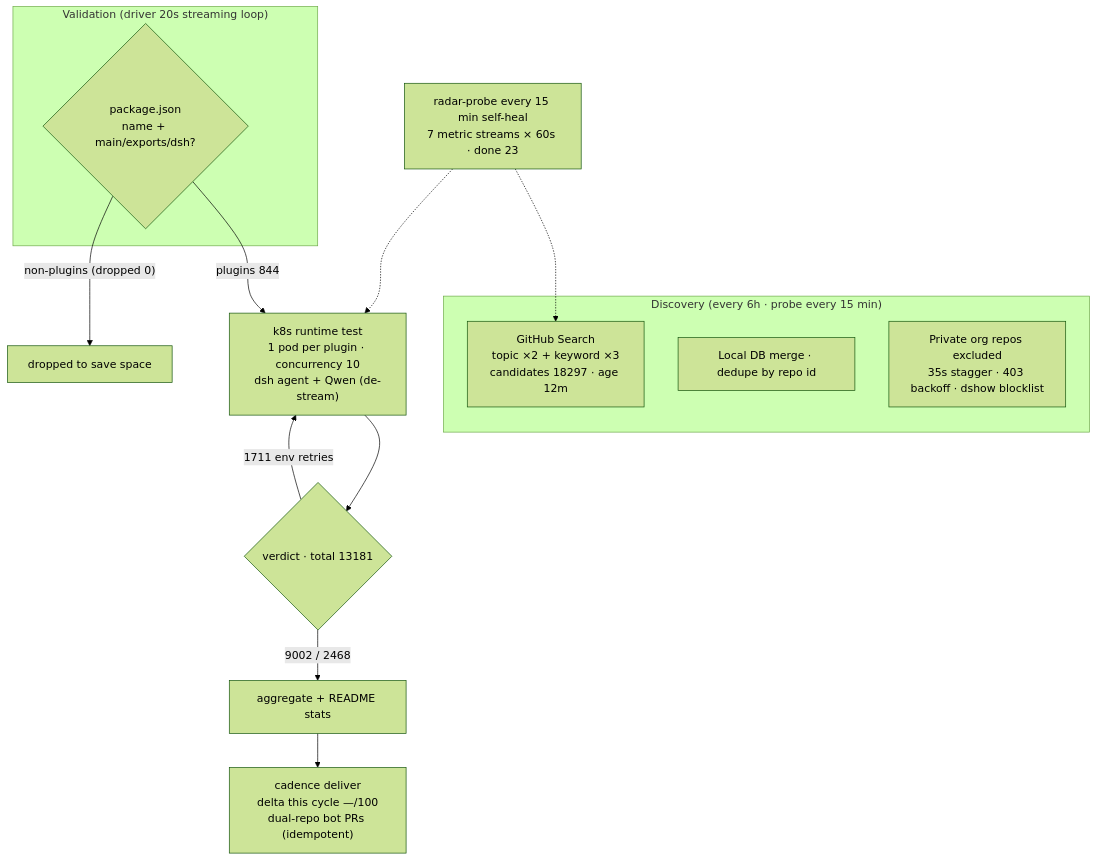
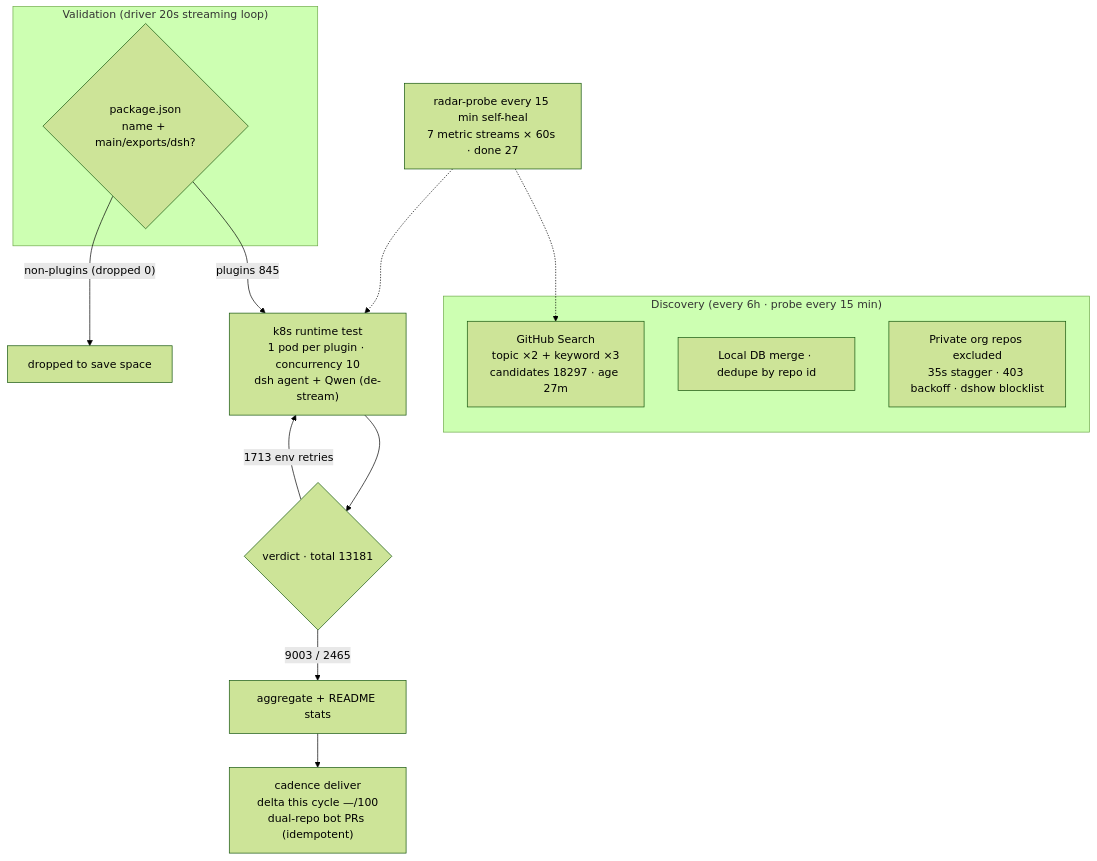
The diagram in README.en-US.md (AdamPlatin123/awesome-dsh-plugins), drawn with Mermaid (forest theme) before and after one commit. The commit also changed other lines of this file and 5 other files, not shown here.

````diff
--- a/README.en-US.md
+++ b/README.en-US.md
@@ -45,20 +45,20 @@
 ```mermaid
 flowchart TB
     subgraph Discovery["Discovery (every 6h · probe every 15 min)"]
-        A1["GitHub Search<br/>topic ×2 + keyword ×3<br/>candidates 18297 · age 12m"]
+        A1["GitHub Search<br/>topic ×2 + keyword ×3<br/>candidates 18297 · age 27m"]
         A2["Local DB merge · dedupe by repo id"]
         A3["Private org repos excluded<br/>35s stagger · 403 backoff · dshow blocklist"]
     end
     subgraph Validation["Validation (driver 20s streaming loop)"]
         B1{"package.json<br/>name + main/exports/dsh?"}
     end
-    B1 -->|"plugins 844"| C1["k8s runtime test<br/>1 pod per plugin · concurrency 10<br/>dsh agent + Qwen (de-stream)"]
+    B1 -->|"plugins 845"| C1["k8s runtime test<br/>1 pod per plugin · concurrency 10<br/>dsh agent + Qwen (de-stream)"]
     B1 -->|"non-plugins (dropped 0)"| B3["dropped to save space"]
     C1 --> D1{"verdict · total 13181"}
-    D1 -->|"9002 / 2468"| E1["aggregate + README stats"]
-    D1 -->|"1711 env retries"| C1
+    D1 -->|"9003 / 2465"| E1["aggregate + README stats"]
+    D1 -->|"1713 env retries"| C1
     E1 --> E2["cadence deliver<br/>delta this cycle —/100<br/>dual-repo bot PRs (idempotent)"]
-    M["radar-probe every 15 min self-heal<br/>7 metric streams × 60s · done 23"]
+    M["radar-probe every 15 min self-heal<br/>7 metric streams × 60s · done 27"]
     M -.-> A1
     M -.-> C1
 ```
````
